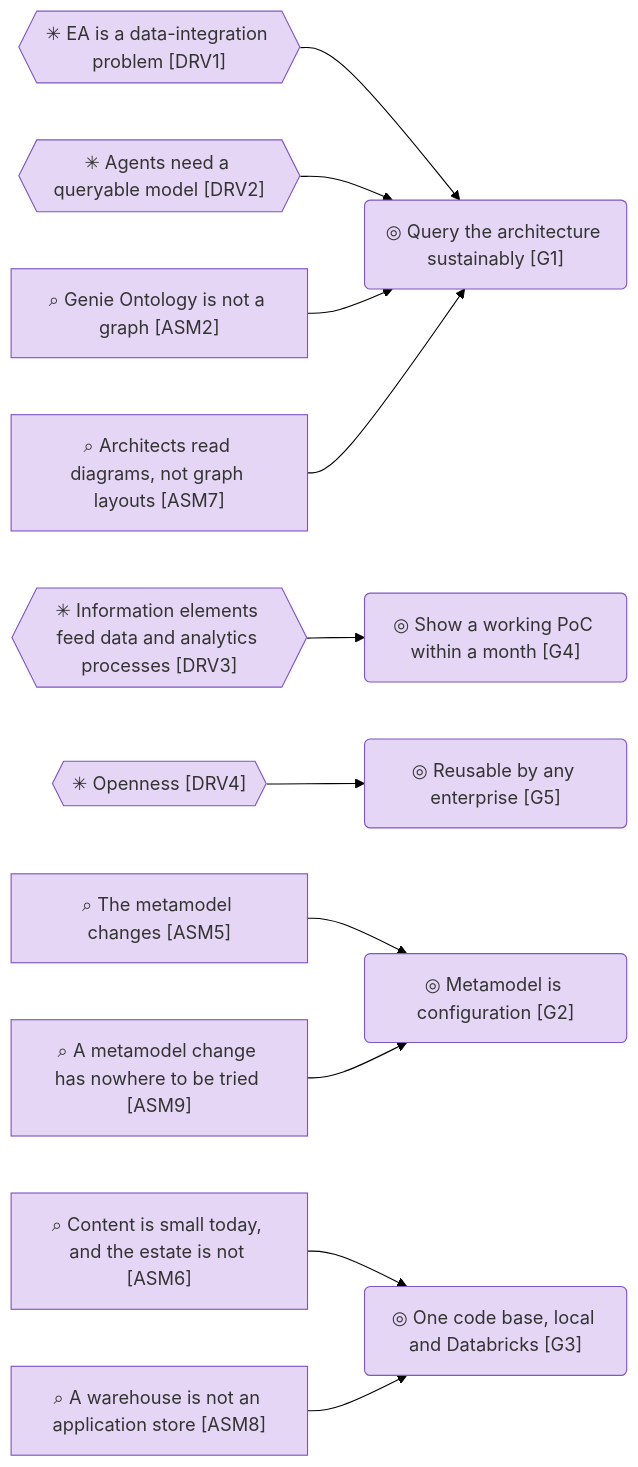
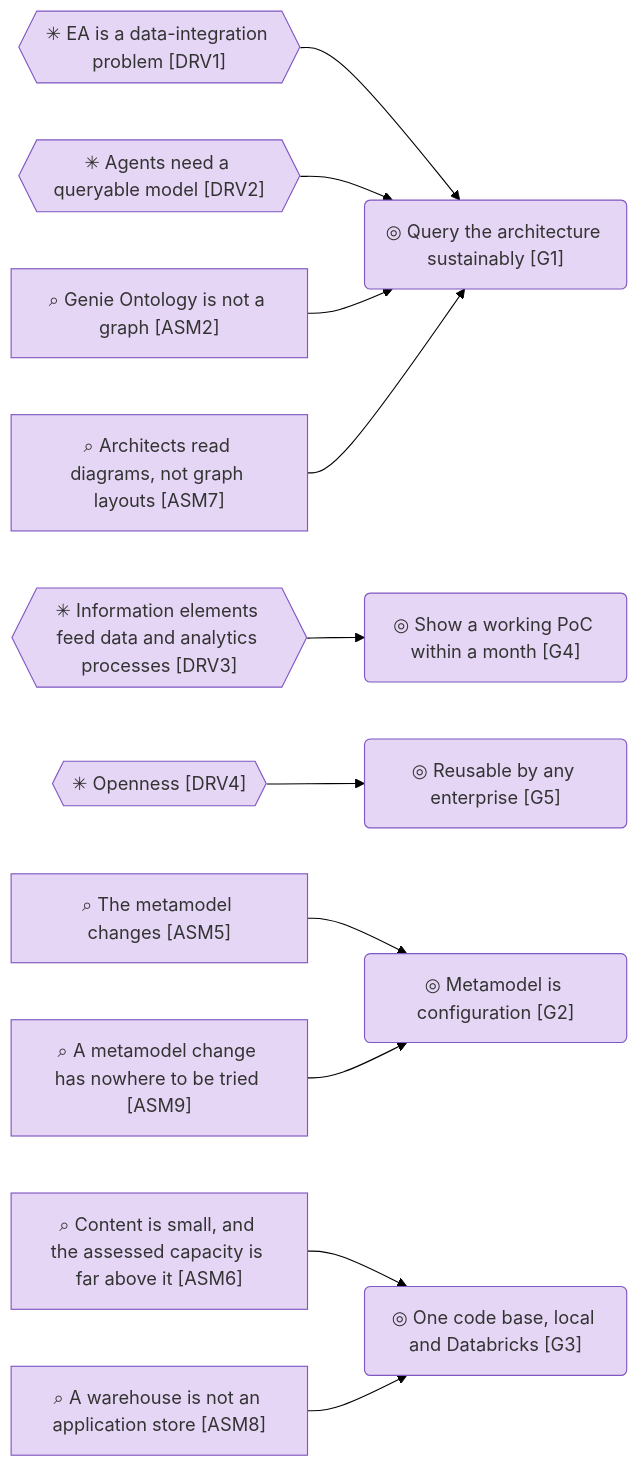
One commit to roanboc/dbx-enterprise-architecture changed the third of 4 diagrams in architecture/1_strategy/1_motivation.md. Above: the diagram before and after it, drawn with Mermaid (forest theme). The commit also changed other lines of this file and 39 other files, not shown here.

````diff
--- a/architecture/1_strategy/1_motivation.md
+++ b/architecture/1_strategy/1_motivation.md
@@ -67,30 +67,30 @@
 ```mermaid
 flowchart LR
   drv1{{"✳ EA is a data-integration problem [DRV1]"}}:::motivation
   drv2{{"✳ Agents need a queryable model [DRV2]"}}:::motivation
   drv3{{"✳ Information elements feed data and analytics processes [DRV3]"}}:::motivation
   drv4{{"✳ Openness [DRV4]"}}:::motivation
   asm2["⌕ Genie Ontology is not a graph [ASM2]"]:::motivation
   asm5["⌕ The metamodel changes [ASM5]"]:::motivation
-  asm6["⌕ Content is small today, and the estate is not [ASM6]"]:::motivation
+  asm6["⌕ Content is small, and the assessed capacity is far above it [ASM6]"]:::motivation
   asm7["⌕ Architects read diagrams, not graph layouts [ASM7]"]:::motivation
   asm8["⌕ A warehouse is not an application store [ASM8]"]:::motivation
   asm9["⌕ A metamodel change has nowhere to be tried [ASM9]"]:::motivation
   g1("◎ Query the architecture sustainably [G1]"):::motivation
   g2("◎ Metamodel is configuration [G2]"):::motivation
   g3("◎ One code base, local and Databricks [G3]"):::motivation
   g4("◎ Show a working PoC within a month [G4]"):::motivation
   g5("◎ Reusable by any enterprise [G5]"):::motivation
   drv1 --> g1
   drv2 --> g1
   drv3 --> g4
   drv4 --> g5
   asm2 --> g1
   asm7 --> g1
   asm5 --> g2
   asm9 --> g2
   asm6 --> g3
   asm8 --> g3
 
   classDef motivation fill:#e6d6f5,stroke:#7e57c2,color:#333
 ```
````
